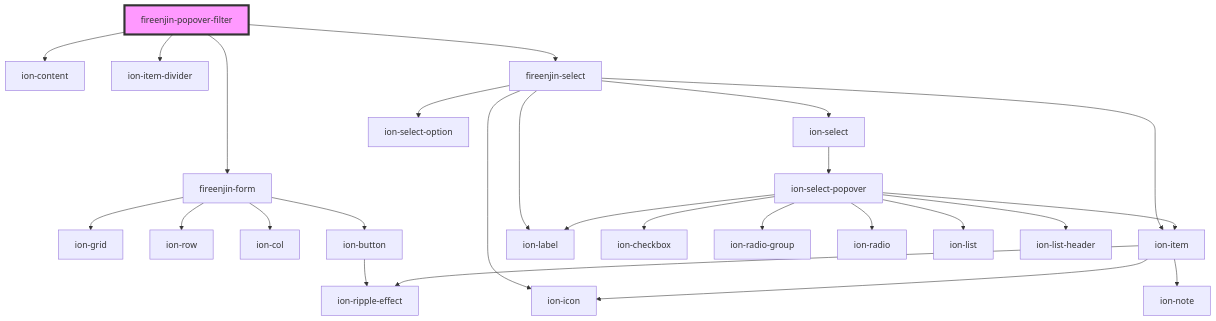
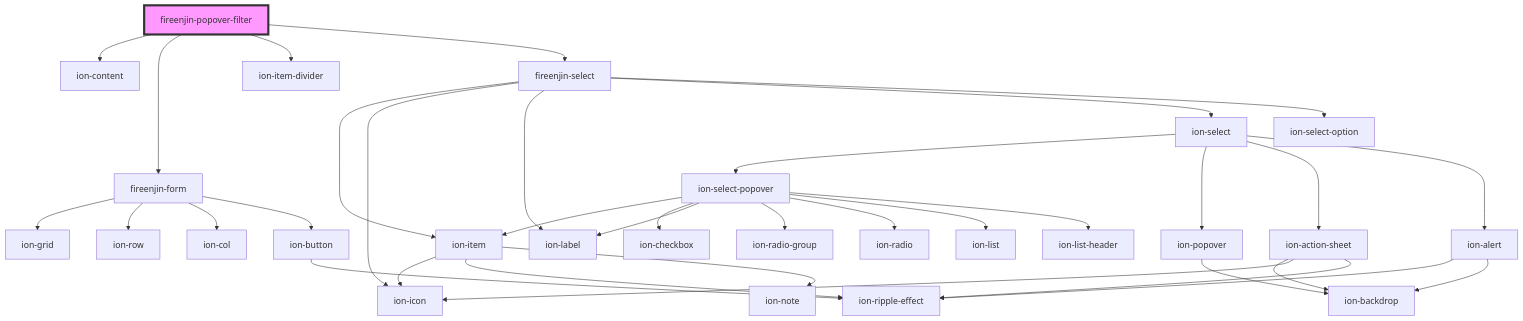
Before and after one commit to FireEnjin/Components: the diagram in src/components/popover-filter/readme.md, drawn with Mermaid. The commit also changed 6 other files, not shown here.

````diff
--- a/src/components/popover-filter/readme.md
+++ b/src/components/popover-filter/readme.md
@@ -26,29 +26,38 @@
 ```mermaid
 graph TD;
   fireenjin-popover-filter --> ion-content
   fireenjin-popover-filter --> fireenjin-form
   fireenjin-popover-filter --> ion-item-divider
   fireenjin-popover-filter --> fireenjin-select
   fireenjin-form --> ion-grid
   fireenjin-form --> ion-row
   fireenjin-form --> ion-col
   fireenjin-form --> ion-button
   ion-button --> ion-ripple-effect
   fireenjin-select --> ion-item
   fireenjin-select --> ion-icon
   fireenjin-select --> ion-label
   fireenjin-select --> ion-select
   fireenjin-select --> ion-select-option
   ion-item --> ion-icon
   ion-item --> ion-ripple-effect
   ion-item --> ion-note
   ion-select --> ion-select-popover
+  ion-select --> ion-popover
+  ion-select --> ion-action-sheet
+  ion-select --> ion-alert
   ion-select-popover --> ion-item
   ion-select-popover --> ion-checkbox
   ion-select-popover --> ion-label
   ion-select-popover --> ion-radio-group
   ion-select-popover --> ion-radio
   ion-select-popover --> ion-list
   ion-select-popover --> ion-list-header
+  ion-popover --> ion-backdrop
+  ion-action-sheet --> ion-backdrop
+  ion-action-sheet --> ion-icon
+  ion-action-sheet --> ion-ripple-effect
+  ion-alert --> ion-ripple-effect
+  ion-alert --> ion-backdrop
   style fireenjin-popover-filter fill:#f9f,stroke:#333,stroke-width:4px
 ```
````
